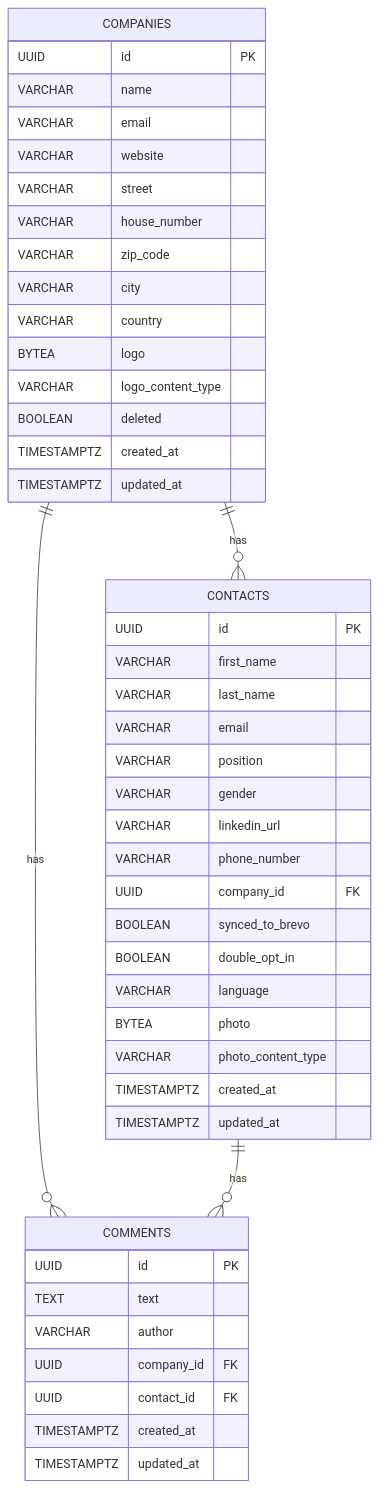
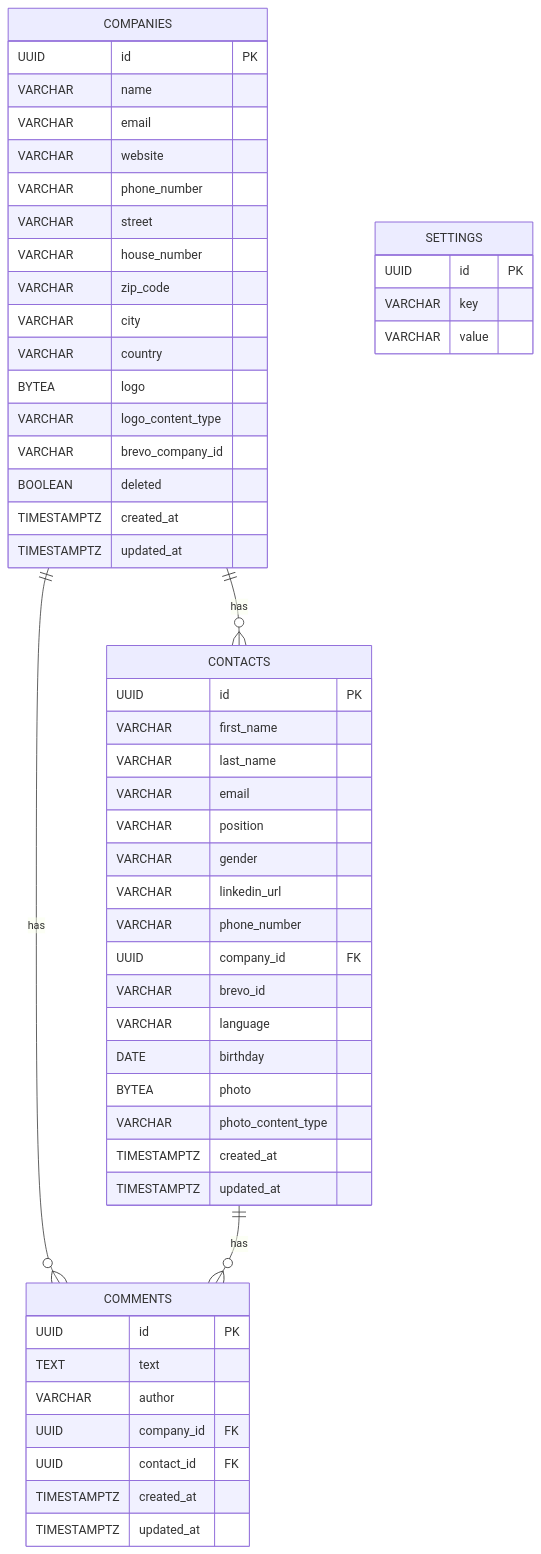
One commit to OpenElementsLabs/open-crm changed the second of 2 diagrams in .claude/conventions/project-specific/project-architecture.md. Above: the diagram before and after it, drawn with Mermaid. The commit also changed other lines of this file and 3 other files, not shown here.

````diff
--- a/.claude/conventions/project-specific/project-architecture.md
+++ b/.claude/conventions/project-specific/project-architecture.md
@@ -28,49 +33,56 @@
 ```mermaid
 erDiagram
     COMPANIES {
         UUID id PK
         VARCHAR name
         VARCHAR email
         VARCHAR website
+        VARCHAR phone_number
         VARCHAR street
         VARCHAR house_number
         VARCHAR zip_code
         VARCHAR city
         VARCHAR country
         BYTEA logo
         VARCHAR logo_content_type
+        VARCHAR brevo_company_id
         BOOLEAN deleted
         TIMESTAMPTZ created_at
         TIMESTAMPTZ updated_at
     }
     CONTACTS {
         UUID id PK
         VARCHAR first_name
         VARCHAR last_name
         VARCHAR email
         VARCHAR position
         VARCHAR gender
         VARCHAR linkedin_url
         VARCHAR phone_number
         UUID company_id FK
-        BOOLEAN synced_to_brevo
-        BOOLEAN double_opt_in
+        VARCHAR brevo_id
         VARCHAR language
+        DATE birthday
         BYTEA photo
         VARCHAR photo_content_type
         TIMESTAMPTZ created_at
         TIMESTAMPTZ updated_at
     }
     COMMENTS {
         UUID id PK
         TEXT text
         VARCHAR author
         UUID company_id FK
         UUID contact_id FK
         TIMESTAMPTZ created_at
         TIMESTAMPTZ updated_at
     }
+    SETTINGS {
+        UUID id PK
+        VARCHAR key
+        VARCHAR value
+    }
     COMPANIES ||--o{ CONTACTS : "has"
     COMPANIES ||--o{ COMMENTS : "has"
     CONTACTS ||--o{ COMMENTS : "has"
 ```
````
